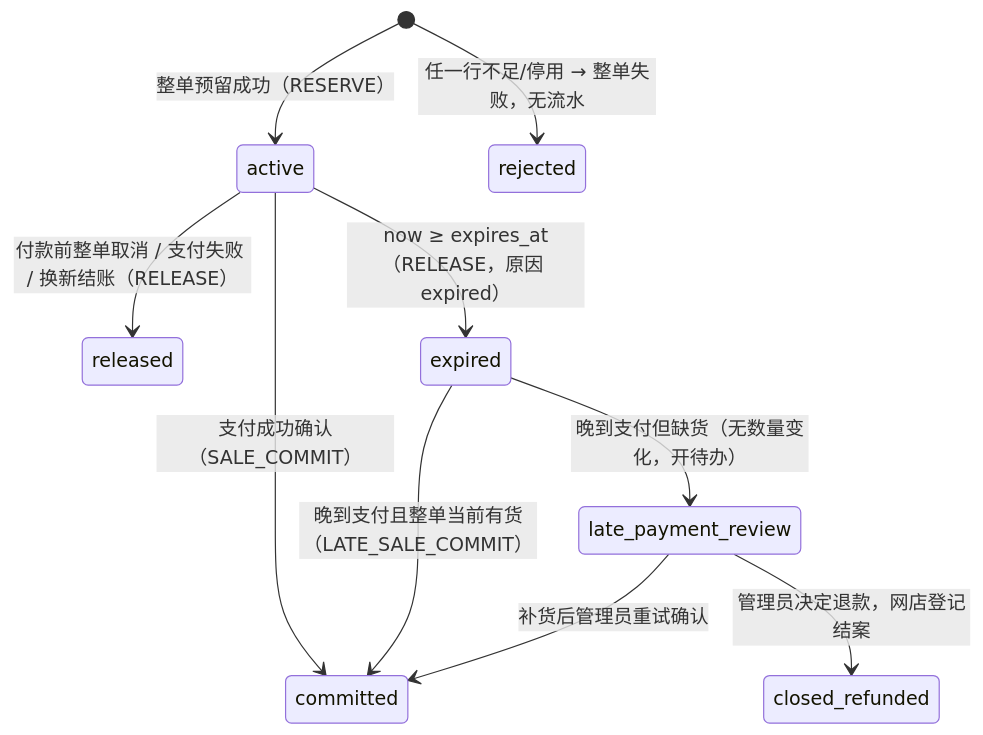
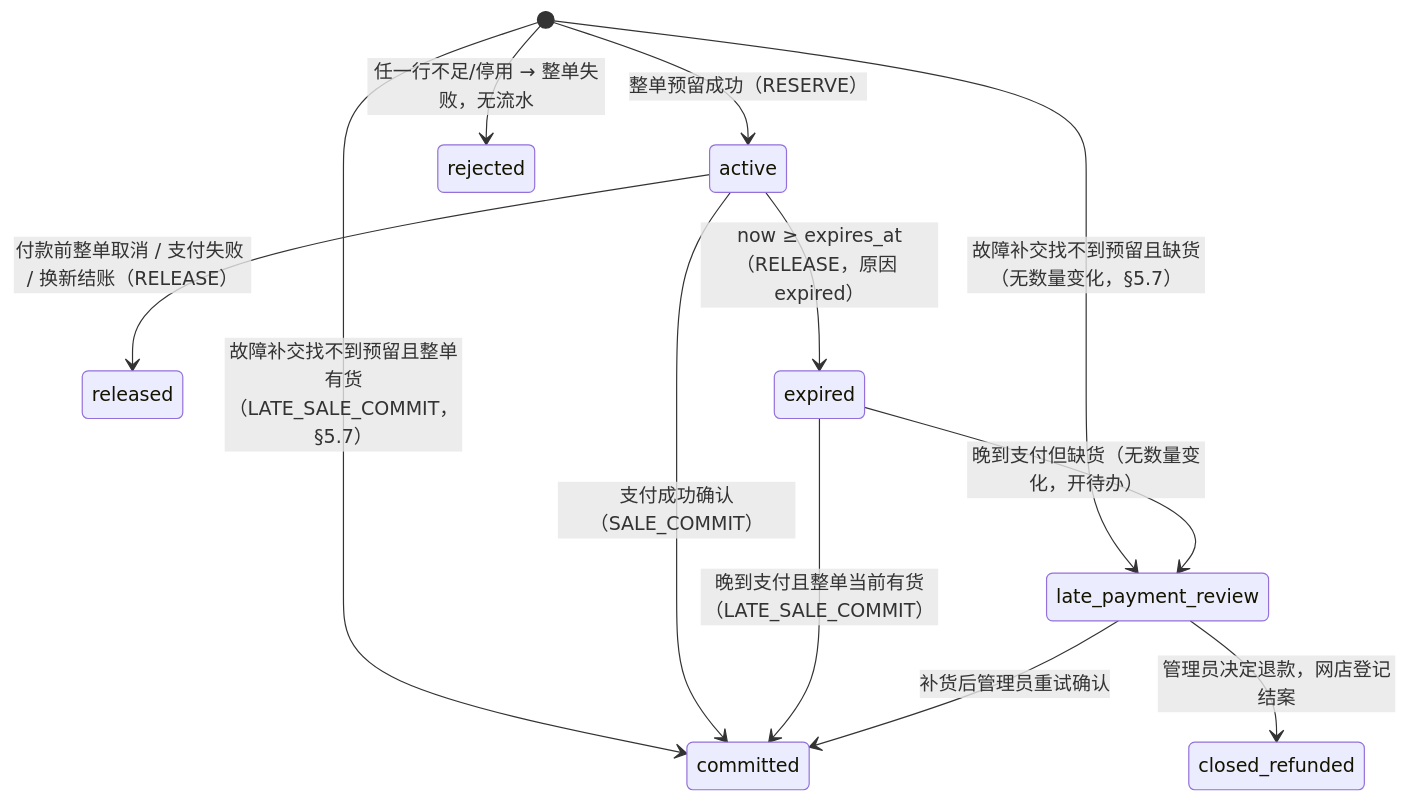
Before and after one commit to kelvinpang90/acuven_stock_core: the second of 2 diagrams in docs/CONTRACT_V1.md, drawn with Mermaid. The commit also changed other lines of this file and 3 other files, not shown here.

````diff
--- a/docs/CONTRACT_V1.md
+++ b/docs/CONTRACT_V1.md
@@ -455,12 +462,14 @@
 ```mermaid
 stateDiagram-v2
   [*] --> active: 整单预留成功（RESERVE）
   [*] --> rejected: 任一行不足/停用 → 整单失败，无流水
+  [*] --> committed: 故障补交找不到预留且整单有货（LATE_SALE_COMMIT，§5.7）
+  [*] --> late_payment_review: 故障补交找不到预留且缺货（无数量变化，§5.7）
   active --> committed: 支付成功确认（SALE_COMMIT）
   active --> released: 付款前整单取消 / 支付失败 / 换新结账（RELEASE）
   active --> expired: now ≥ expires_at（RELEASE，原因 expired）
   expired --> committed: 晚到支付且整单当前有货（LATE_SALE_COMMIT）
   expired --> late_payment_review: 晚到支付但缺货（无数量变化，开待办）
   late_payment_review --> committed: 补货后管理员重试确认
   late_payment_review --> closed_refunded: 管理员决定退款，网店登记结案
 ```
````
